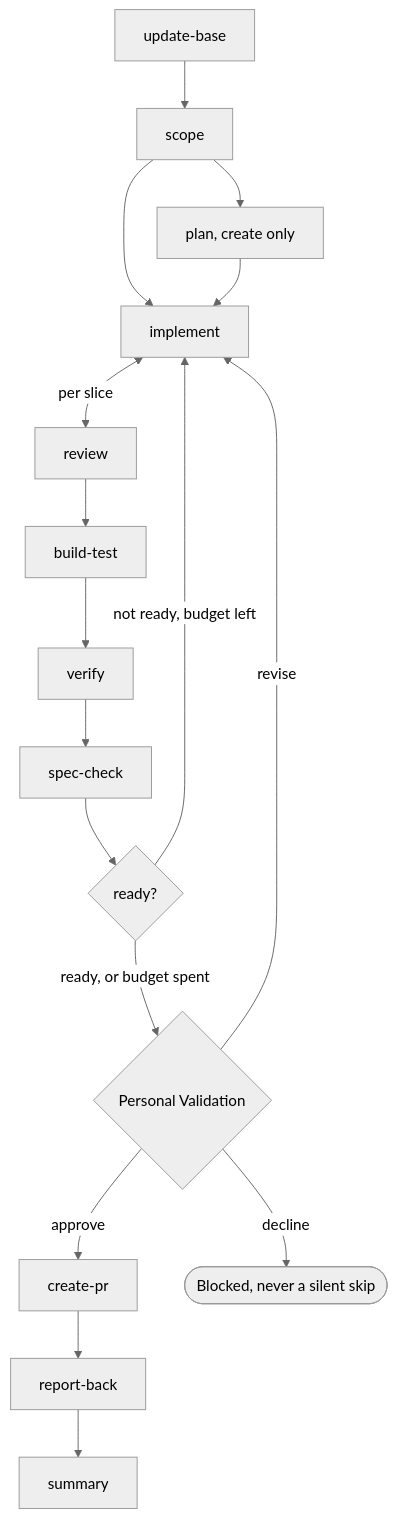
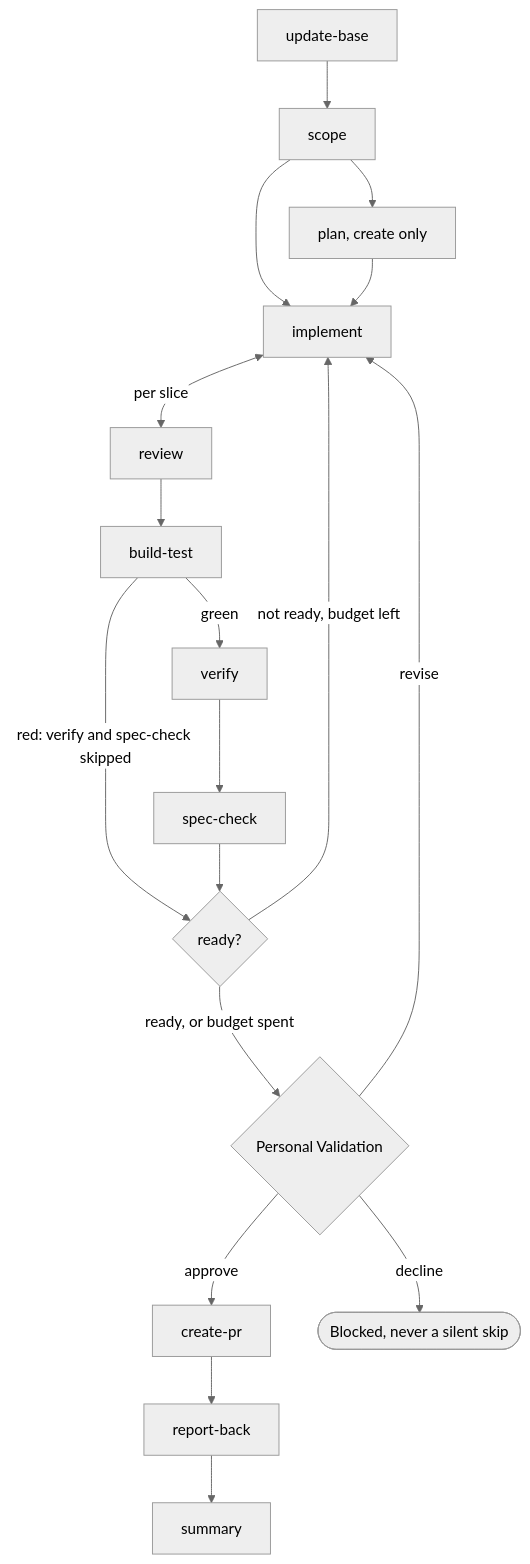
One commit to JSdotNet/ai-agent-stack changed the third of 3 diagrams in .devbook/arc42/06-runtime-view.md. Above: the diagram before and after it, drawn with Mermaid (neutral theme). The commit also changed other lines of this file and 6 other files, not shown here.

````diff
--- a/.devbook/arc42/06-runtime-view.md
+++ b/.devbook/arc42/06-runtime-view.md
@@ -100,19 +100,20 @@
 ```mermaid
 flowchart TD
     ub["update-base"] --> sc["scope"]
     sc --> pl["plan, create only"]
     sc --> im["implement"]
     pl --> im
     im <-->|"per slice"| rv["review"]
     rv --> bt["build-test"]
-    bt --> vf["verify"]
+    bt -->|green| vf["verify"]
+    bt -->|"red: verify and spec-check skipped"| rd
     vf --> sk["spec-check"]
     sk --> rd{"ready?"}
     rd -->|"not ready, budget left"| im
     rd -->|"ready, or budget spent"| gate{"Personal Validation"}
     gate -->|approve| pr["create-pr"]
     gate -->|revise| im
     gate -->|decline| stop(["Blocked, never a silent skip"])
     pr --> rb["report-back"]
     rb --> su["summary"]
 ```
````
